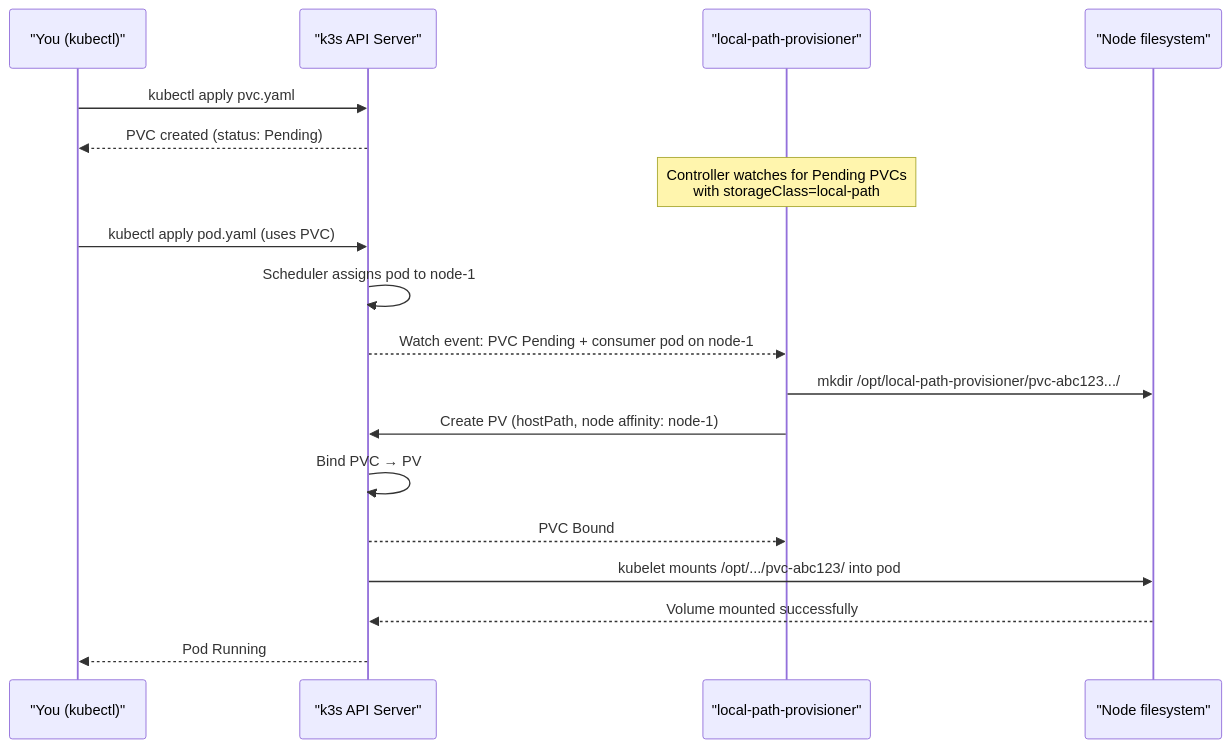
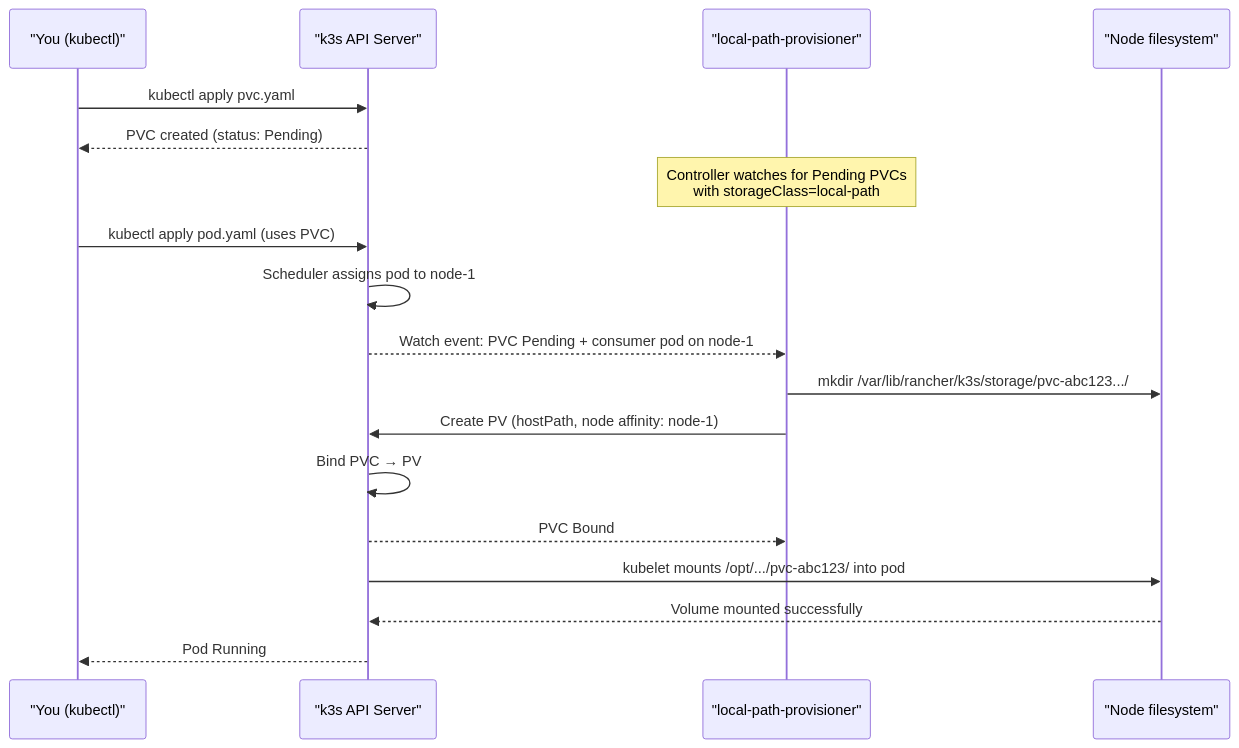
One commit to UncleJS/course_k3s changed the second of 5 diagrams in 05_storage/01_local_path_provisioner.md. Above: the diagram before and after it, drawn with Mermaid. The commit also changed other lines of this file and 74 other files, not shown here.

````diff
--- a/05_storage/01_local_path_provisioner.md
+++ b/05_storage/01_local_path_provisioner.md
@@ -58,24 +58,24 @@
 ```mermaid
 sequenceDiagram
     participant USER as "You (kubectl)"
     participant API as "k3s API Server"
     participant PROV as "local-path-provisioner"
     participant NODE as "Node filesystem"
 
     USER->>API: kubectl apply pvc.yaml
     API-->>USER: PVC created (status: Pending)
 
     Note over PROV: Controller watches for Pending PVCs<br/>with storageClass=local-path
 
     USER->>API: kubectl apply pod.yaml (uses PVC)
     API->>API: Scheduler assigns pod to node-1
     API-->>PROV: Watch event: PVC Pending + consumer pod on node-1
 
-    PROV->>NODE: mkdir /opt/local-path-provisioner/pvc-abc123.../
+    PROV->>NODE: mkdir /var/lib/rancher/k3s/storage/pvc-abc123.../
     PROV->>API: Create PV (hostPath, node affinity: node-1)
     API->>API: Bind PVC → PV
     API-->>PROV: PVC Bound
     API->>NODE: kubelet mounts /opt/.../pvc-abc123/ into pod
     NODE-->>API: Volume mounted successfully
     API-->>USER: Pod Running
 ```
````
